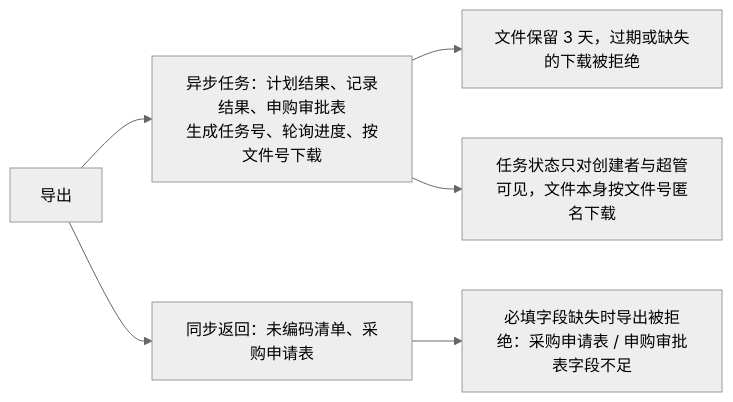
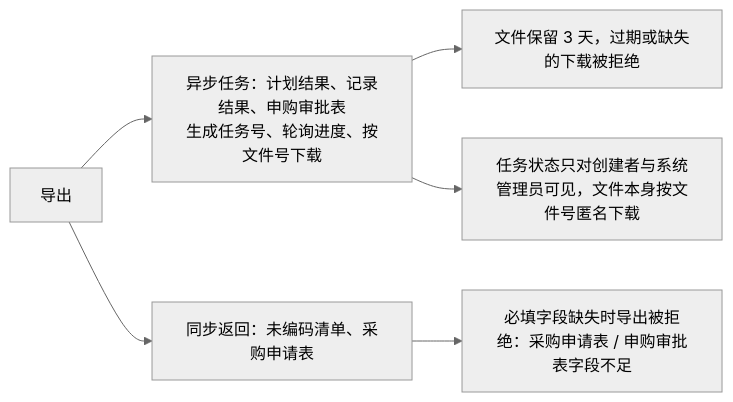
Before and after one commit to Sakana-1314/Electrical-Manager: diagram 15 of 24 in docs/websites/pages/dev-state-machines.md, drawn with Mermaid (neutral theme). The commit also changed other lines of this file and 74 other files, not shown here.

````diff
--- a/docs/websites/pages/dev-state-machines.md
+++ b/docs/websites/pages/dev-state-machines.md
@@ -273,8 +273,8 @@
 ```mermaid
 flowchart LR
     A["导出"] --> B["异步任务：计划结果、记录结果、申购审批表<br/>生成任务号、轮询进度、按文件号下载"]
     A --> C["同步返回：未编码清单、采购申请表"]
     C --> D["必填字段缺失时导出被拒绝：采购申请表 / 申购审批表字段不足"]
     B --> E["文件保留 3 天，过期或缺失的下载被拒绝"]
-    B --> F["任务状态只对创建者与超管可见，文件本身按文件号匿名下载"]
+    B --> F["任务状态只对创建者与系统管理员可见，文件本身按文件号匿名下载"]
 ```
````
